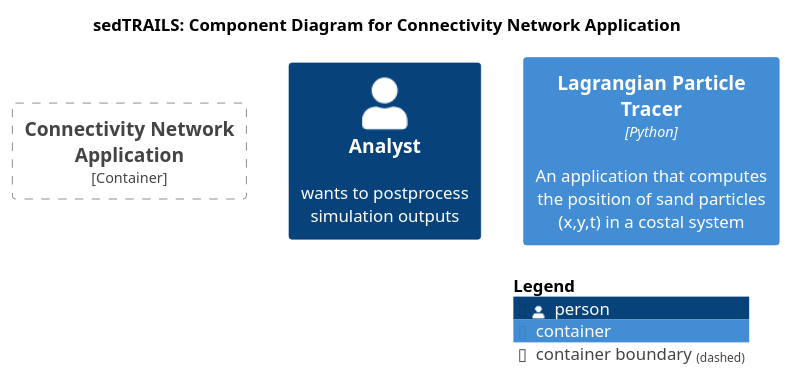
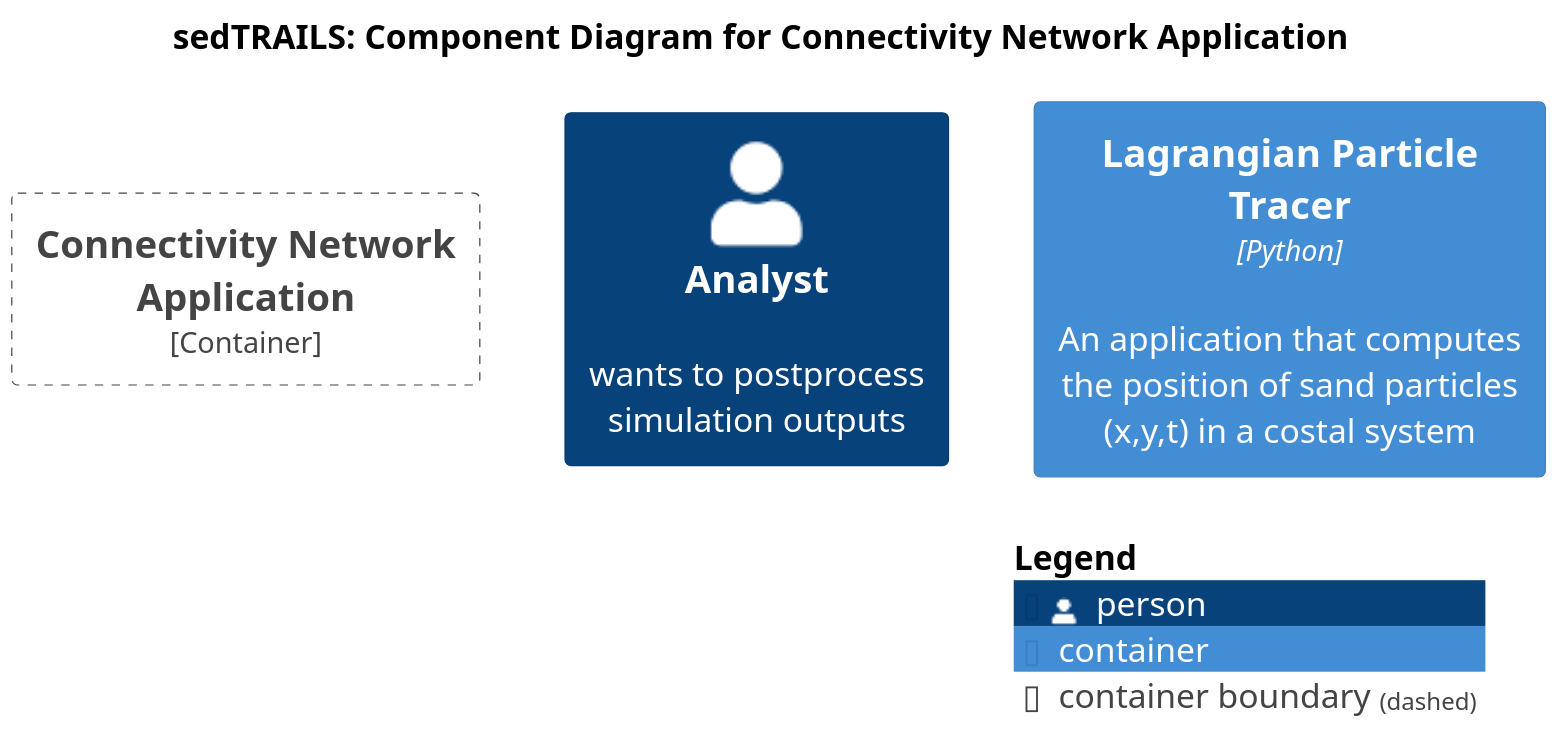
Before and after one commit to sgpearson17/sedtrails-sgp: the diagram in diagrams/componets-connectivity-app.puml, drawn with PlantUML. The commit also changed 9 other files, not shown here.

Commit message:
update component diagram titles and scales for clarity across multiple applications

```diff
--- a/diagrams/componets-connectivity-app.puml
+++ b/diagrams/componets-connectivity-app.puml
@@ -1,23 +1,23 @@
-@startuml SedtrailComponent
+@startuml SedtrailComponentsConnectivityNetwork
 !include ./c4/C4_Component.puml
 ' !theme C4_sandstone from ./c4/themes
 
 
 ' LAYOUT_LANDSCAPE()
 
 title sedTRAILS: Component Diagram for Connectivity Network Application
-scale 1
+scale 2
 
 AddElementTag("review", $bgColor="lightred", $fontColor="red", $borderColor="red")
 
 Person(modeler, "Analyst", "wants to postprocess simulation outputs")
 
 Container_Boundary(connectivityNet, "Connectivity Network Application"){
     
 }
     
 Container(sedtrailsTracer, "Lagrangian Particle Tracer", "Python", "An application that computes the position of sand particles (x,y,t) in a costal system")
 
 
 SHOW_LEGEND()
 @enduml
```
